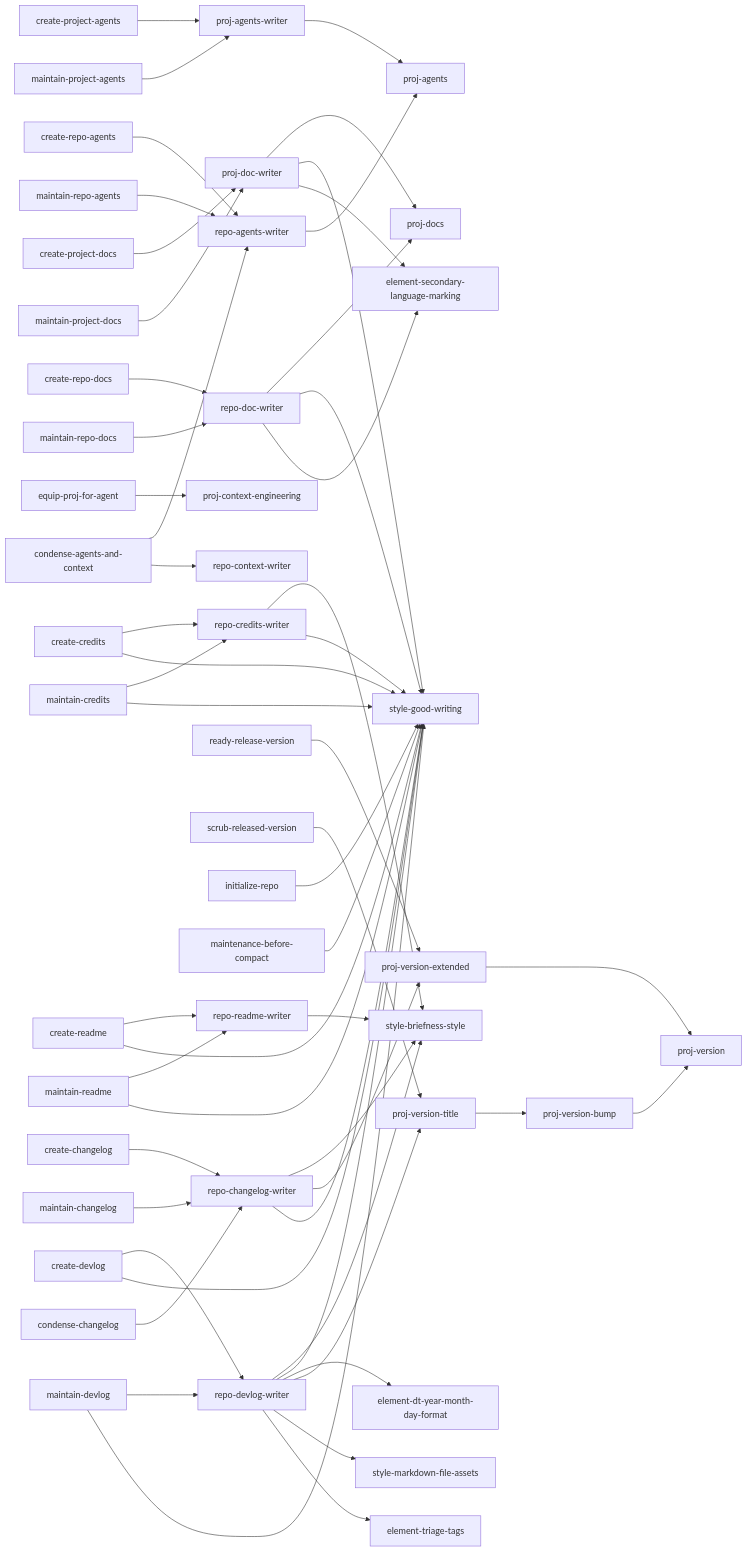
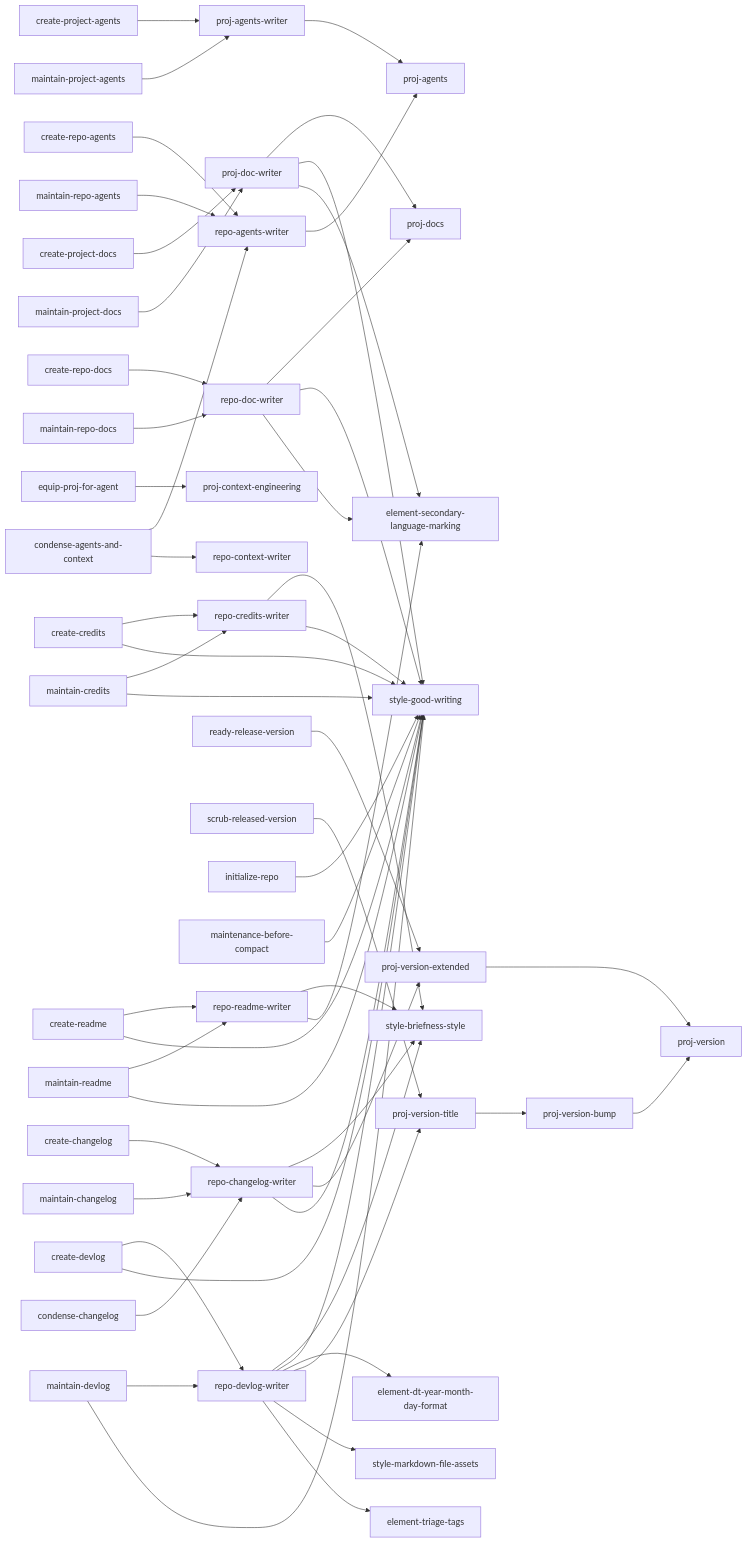
One commit to kami-lel/kaye-library changed the second of 10 diagrams in docs/blueprint-doc.md. Above: the diagram before and after it, drawn with Mermaid. The commit also changed 4 other files, not shown here.

First line of the commit message:
gloss key terms w/ [] in zh docs; README writer uses marking skill

````diff
--- a/docs/blueprint-doc.md
+++ b/docs/blueprint-doc.md
@@ -37,56 +37,57 @@
 ```mermaid
 flowchart LR
     proj_agents_writer["proj-agents-writer"] --> proj_agents["proj-agents"]
     repo_agents_writer["repo-agents-writer"] --> proj_agents
     proj_doc_writer["proj-doc-writer"] --> proj_docs["proj-docs"]
     repo_doc_writer["repo-doc-writer"] --> proj_docs
     proj_doc_writer --> style_good_writing["style-good-writing"]
     repo_doc_writer --> style_good_writing
     proj_doc_writer --> element_secondary_language_marking["element-secondary-language-marking"]
     repo_doc_writer --> element_secondary_language_marking
     equip_proj_for_agent["equip-proj-for-agent"] --> proj_context_engineering["proj-context-engineering"]
     repo_readme_writer["repo-readme-writer"] --> style_briefness_style["style-briefness-style"]
+    repo_readme_writer --> element_secondary_language_marking
     repo_changelog_writer["repo-changelog-writer"] --> style_briefness_style
     repo_changelog_writer --> proj_version_extended["proj-version-extended"]
     repo_changelog_writer --> style_good_writing
     repo_credits_writer["repo-credits-writer"] --> style_briefness_style
     repo_credits_writer --> style_good_writing
     repo_devlog_writer["repo-devlog-writer"] --> style_briefness_style
     repo_devlog_writer --> style_good_writing
     repo_devlog_writer --> element_dt_year_month_day_format["element-dt-year-month-day-format"]
     repo_devlog_writer --> proj_version_title
     repo_devlog_writer --> style_markdown_file_assets["style-markdown-file-assets"]
     repo_devlog_writer --> element_triage_tags["element-triage-tags"]
     ready_release_version["ready-release-version"] --> proj_version_extended
     scrub_released_version["scrub-released-version"] --> proj_version_title["proj-version-title"]
     proj_version_title["proj-version-title"] --> proj_version_bump["proj-version-bump"]
     proj_version_bump --> proj_version["proj-version"]
     proj_version_extended --> proj_version
     initialize_repo["initialize-repo"] --> style_good_writing
     maintenance_before_compact["maintenance-before-compact"] --> style_good_writing
     condense_agents_and_context["condense-agents-and-context"] --> repo_agents_writer
     condense_agents_and_context --> repo_context_writer["repo-context-writer"]
     create_project_agents["create-project-agents"] --> proj_agents_writer
     maintain_project_agents["maintain-project-agents"] --> proj_agents_writer
     create_project_docs["create-project-docs"] --> proj_doc_writer
     maintain_project_docs["maintain-project-docs"] --> proj_doc_writer
     create_readme["create-readme"] --> repo_readme_writer
     maintain_readme["maintain-readme"] --> repo_readme_writer
     create_readme --> style_good_writing
     maintain_readme --> style_good_writing
     create_changelog["create-changelog"] --> repo_changelog_writer
     maintain_changelog["maintain-changelog"] --> repo_changelog_writer
     condense_changelog["condense-changelog"] --> repo_changelog_writer
     create_credits["create-credits"] --> repo_credits_writer
     maintain_credits["maintain-credits"] --> repo_credits_writer
     create_devlog["create-devlog"] --> repo_devlog_writer
     maintain_devlog["maintain-devlog"] --> repo_devlog_writer
     create_credits --> style_good_writing
     maintain_credits --> style_good_writing
     create_devlog --> style_good_writing
     maintain_devlog --> style_good_writing
     create_repo_agents["create-repo-agents"] --> repo_agents_writer
     maintain_repo_agents["maintain-repo-agents"] --> repo_agents_writer
     create_repo_docs["create-repo-docs"] --> repo_doc_writer
     maintain_repo_docs["maintain-repo-docs"] --> repo_doc_writer
 ```
````
